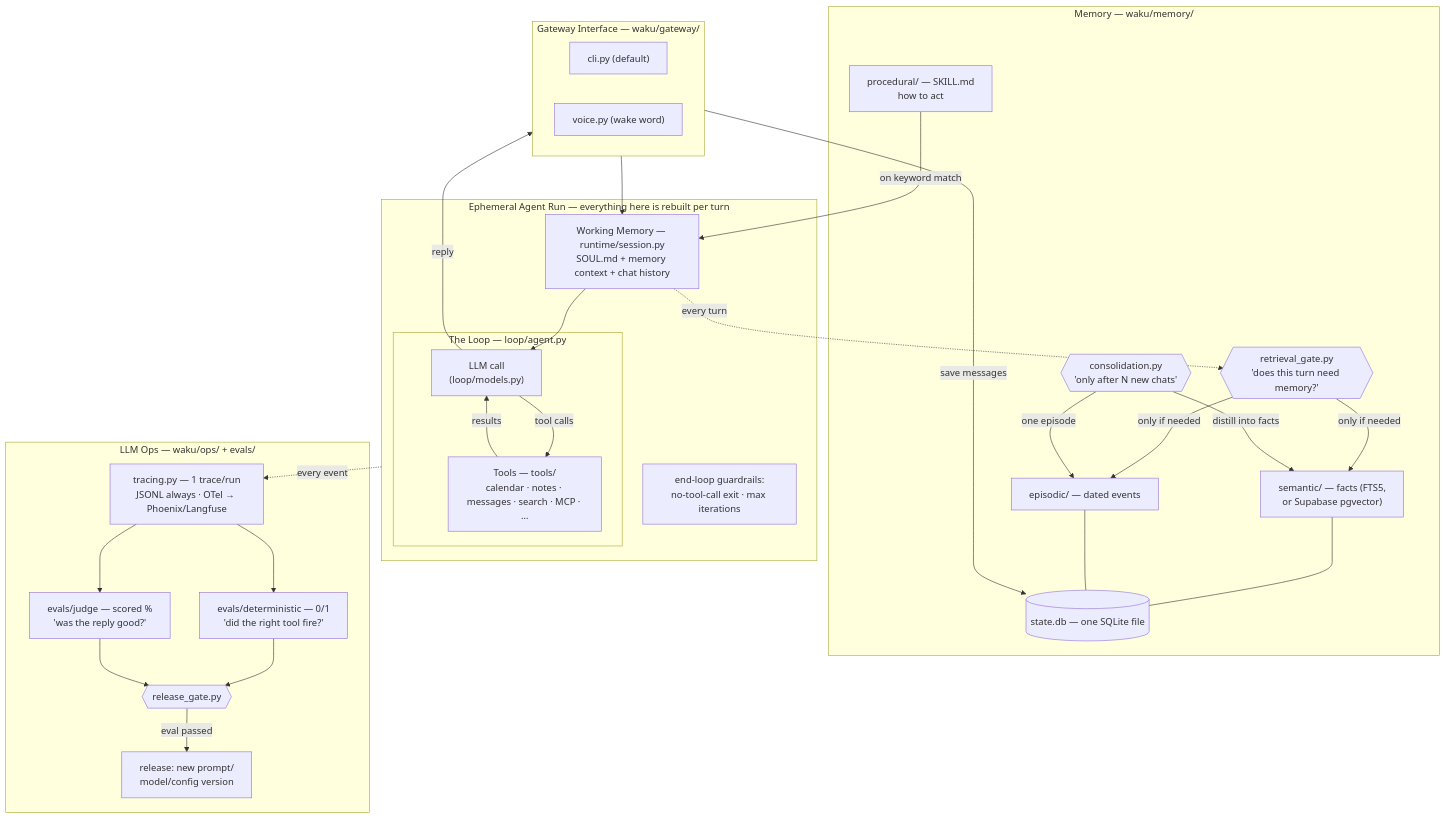
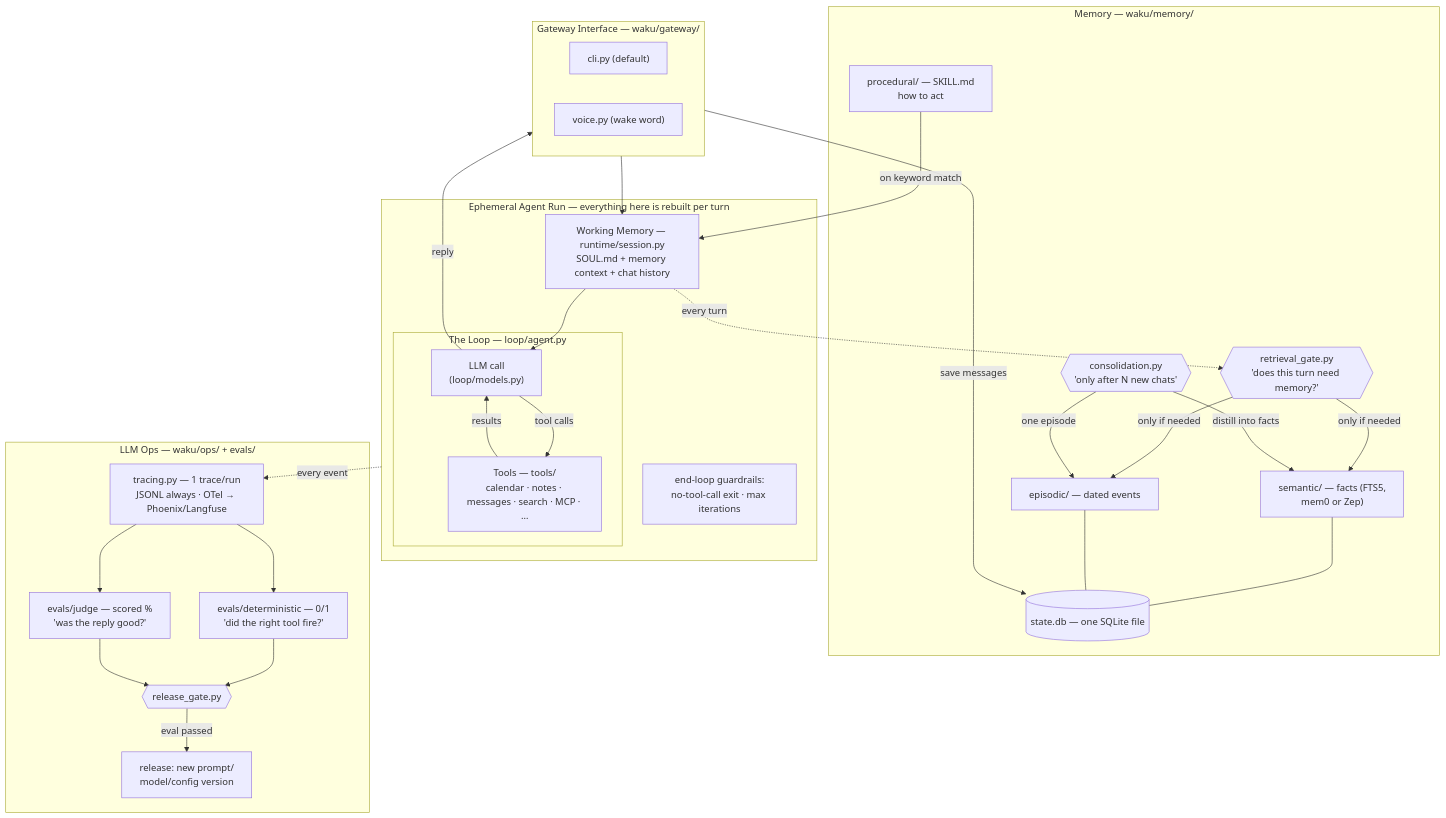
One commit to nangbwsx-gif/PP-Agent changed the first of 2 diagrams in docs/architecture.md. Above: the diagram before and after it, drawn with Mermaid. The commit also changed 37 other files, not shown here.

````diff
--- a/docs/architecture.md
+++ b/docs/architecture.md
@@ -7,48 +7,48 @@
 ```mermaid
 flowchart TB
     subgraph GW["Gateway Interface — waku/gateway/"]
         CLI["cli.py (default)"]
         VOICE["voice.py (wake word)"]
     end
 
     subgraph RUN["Ephemeral Agent Run — everything here is rebuilt per turn"]
         WM["Working Memory — runtime/session.py<br/>SOUL.md + memory context + chat history"]
         subgraph LOOP["The Loop — loop/agent.py"]
             LLM["LLM call<br/>(loop/models.py)"]
             TOOLS["Tools — tools/<br/>calendar · notes · messages · search · MCP · …"]
             LLM -->|tool calls| TOOLS -->|results| LLM
         end
         WM --> LLM
         GUARD["end-loop guardrails:<br/>no-tool-call exit · max iterations"]
     end
 
     GW --> WM
     LLM -->|reply| GW
 
     subgraph MEM["Memory — waku/memory/"]
         GATE{{"retrieval_gate.py<br/>'does this turn need memory?'"}}
         PROC["procedural/ — SKILL.md<br/>how to act"]
-        SEM["semantic/ — facts (FTS5,<br/>or Supabase pgvector)"]
+        SEM["semantic/ — facts (FTS5,<br/>mem0 or Zep)"]
         EPI["episodic/ — dated events"]
         CONS{{"consolidation.py<br/>'only after N new chats'"}}
         DB[("state.db — one SQLite file")]
     end
 
     WM -.->|every turn| GATE
     GATE -->|only if needed| SEM & EPI
     PROC -->|on keyword match| WM
     GW -->|save messages| DB
     CONS -->|distill into facts| SEM
     CONS -->|one episode| EPI
     SEM & EPI --- DB
 
     subgraph OPS["LLM Ops — waku/ops/ + evals/"]
         TRACE["tracing.py — 1 trace/run<br/>JSONL always · OTel → Phoenix/Langfuse"]
         DET["evals/deterministic — 0/1<br/>'did the right tool fire?'"]
         JUDGE["evals/judge — scored %<br/>'was the reply good?'"]
         RGATE{{"release_gate.py"}}
         TRACE --> DET & JUDGE --> RGATE -->|eval passed| SHIP["release: new prompt/<br/>model/config version"]
     end
 
     RUN -.->|every event| TRACE
 ```
````
